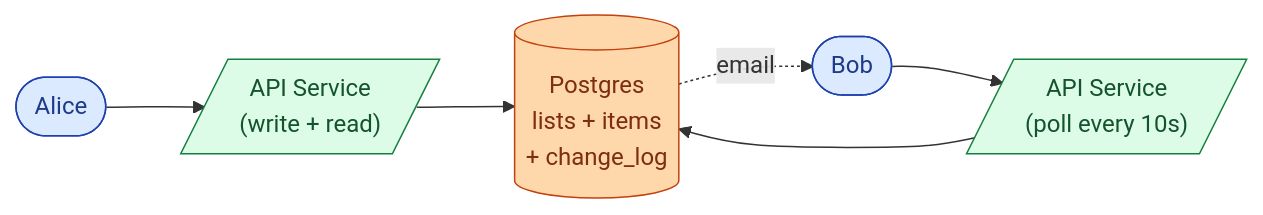
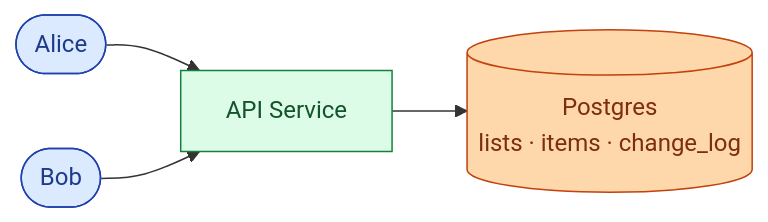
One commit to shiningflash/shiningflash.github.io changed the second of 17 diagrams in _practice/system-design/013-todo-list-sharing.md. Above: the diagram before and after it, drawn with Mermaid. The commit also changed other lines of this file and 18 other files, not shown here.

````diff
--- a/_practice/system-design/013-todo-list-sharing.md
+++ b/_practice/system-design/013-todo-list-sharing.md
@@ -133,12 +94,10 @@
 ```mermaid
 flowchart LR
-    A([Alice]):::user --> API[/"API Service<br/>(write + read)"/]:::app
-    API --> DB[("Postgres<br/>lists + items<br/>+ change_log")]:::db
-    DB -.email.-> B([Bob]):::user
-    B --> API2[/"API Service<br/>(poll every 10s)"/]:::app
-    API2 --> DB
+    A([Alice]):::user --> API["API Service"]:::app
+    B([Bob]):::user --> API
+    API --> DB[("Postgres<br/>lists · items · change_log")]:::db
 
-    classDef user  fill:#dbeafe,stroke:#1e40af,color:#1e3a8a
-    classDef app   fill:#dcfce7,stroke:#15803d,color:#14532d
-    classDef db    fill:#fed7aa,stroke:#c2410c,color:#7c2d12
+    classDef user fill:#dbeafe,stroke:#1e40af,color:#1e3a8a
+    classDef app  fill:#dcfce7,stroke:#15803d,color:#14532d
+    classDef db   fill:#fed7aa,stroke:#c2410c,color:#7c2d12
 ```
````
